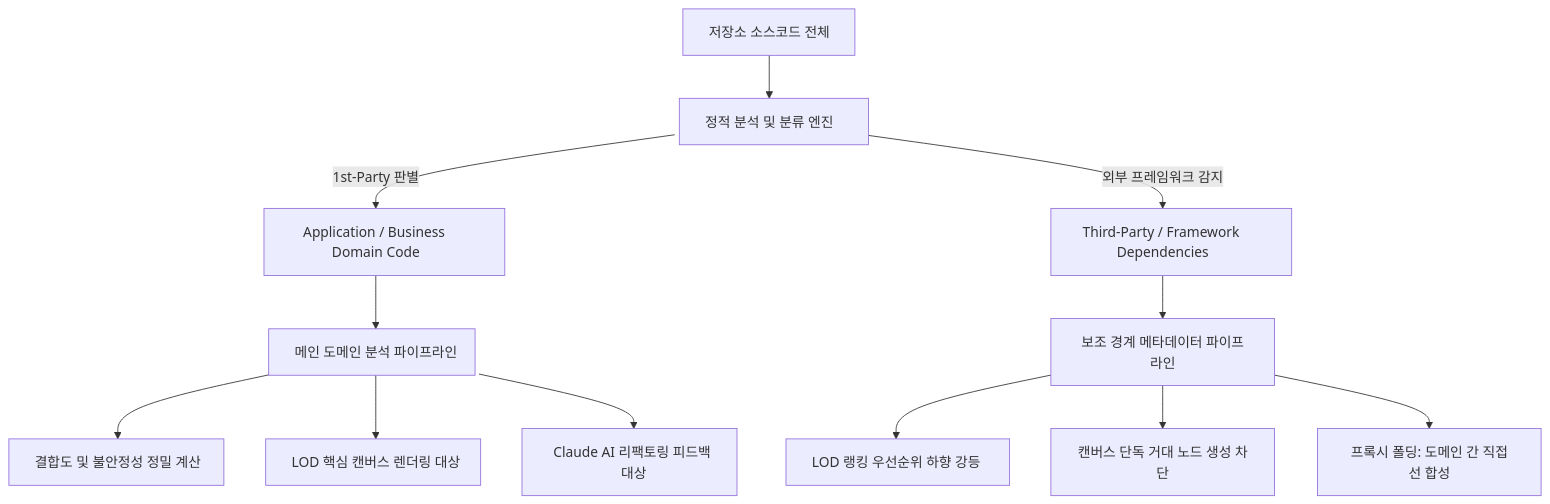
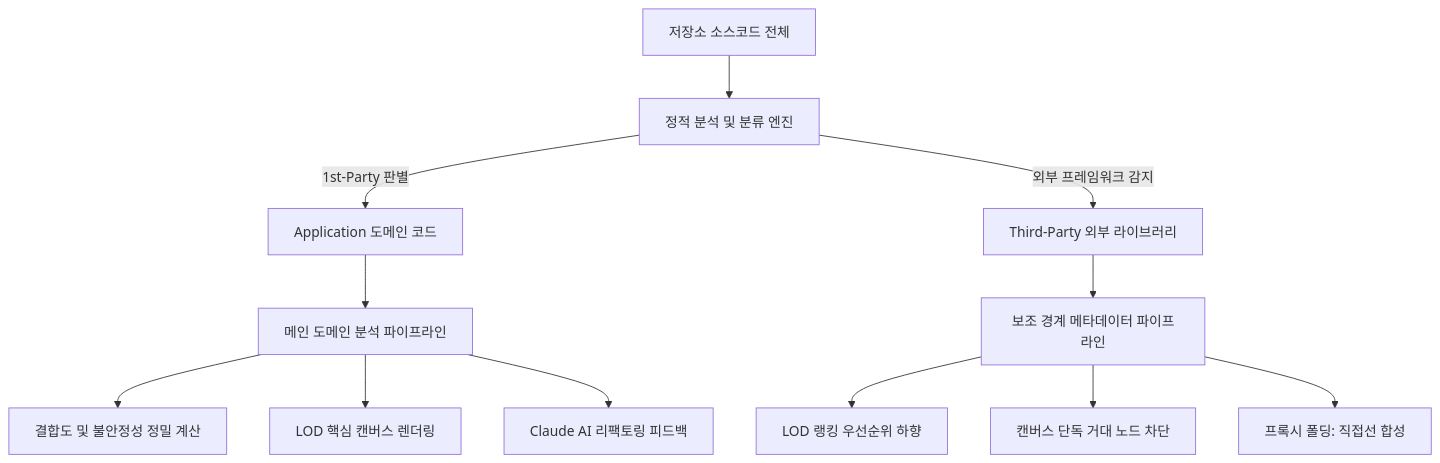
One commit to Jiin5906/CodeDiagram changed the diagram in docs/filtering-lod.md. Above: the diagram before and after it, drawn with Mermaid. The commit also changed 3 other files, not shown here.

````diff
--- a/docs/filtering-lod.md
+++ b/docs/filtering-lod.md
@@ -26,30 +26,17 @@
 ```mermaid
 flowchart TD
     A["저장소 소스코드 전체"] --> B["정적 분석 및 분류 엔진"]
     
-    B -->|"1st-Party 판별"| C["Application / Business Domain Code"]
-    B -->|"외부 프레임워크 감지"| D["Third-Party / Framework Dependencies"]
+    B -->|"1st-Party 판별"| C["Application 도메인 코드"]
+    B -->|"외부 프레임워크 감지"| D["Third-Party 외부 라이브러리"]
     
     C --> E["메인 도메인 분석 파이프라인"]
     E --> E1["결합도 및 불안정성 정밀 계산"]
-    E --> E2["LOD 핵심 캔버스 렌더링 대상"]
-    E --> E3["Claude AI 리팩토링 피드백 대상"]
+    E --> E2["LOD 핵심 캔버스 렌더링"]
+    E --> E3["Claude AI 리팩토링 피드백"]
     
     D --> F["보조 경계 메타데이터 파이프라인"]
-    F --> F1["LOD 랭킹 우선순위 하향 강등"]
-    F --> F2["캔버스 단독 거대 노드 생성 차단"]
-    F --> F3["프록시 폴딩: 도메인 간 직접선 합성"]
-
-    style A width:200px
-    style B width:220px
-    style C width:280px
-    style D width:280px
-    style E width:240px
-    style E1 width:250px
-    style E2 width:250px
-    style E3 width:250px
-    style F width:260px
-    style F1 width:260px
-    style F2 width:260px
-    style F3 width:260px
+    F --> F1["LOD 랭킹 우선순위 하향"]
+    F --> F2["캔버스 단독 거대 노드 차단"]
+    F --> F3["프록시 폴딩: 직접선 합성"]
 ```
````
